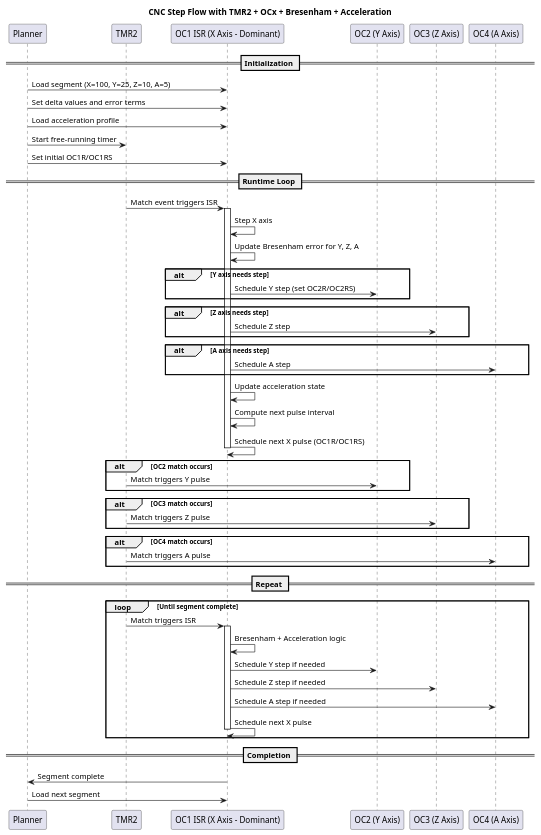
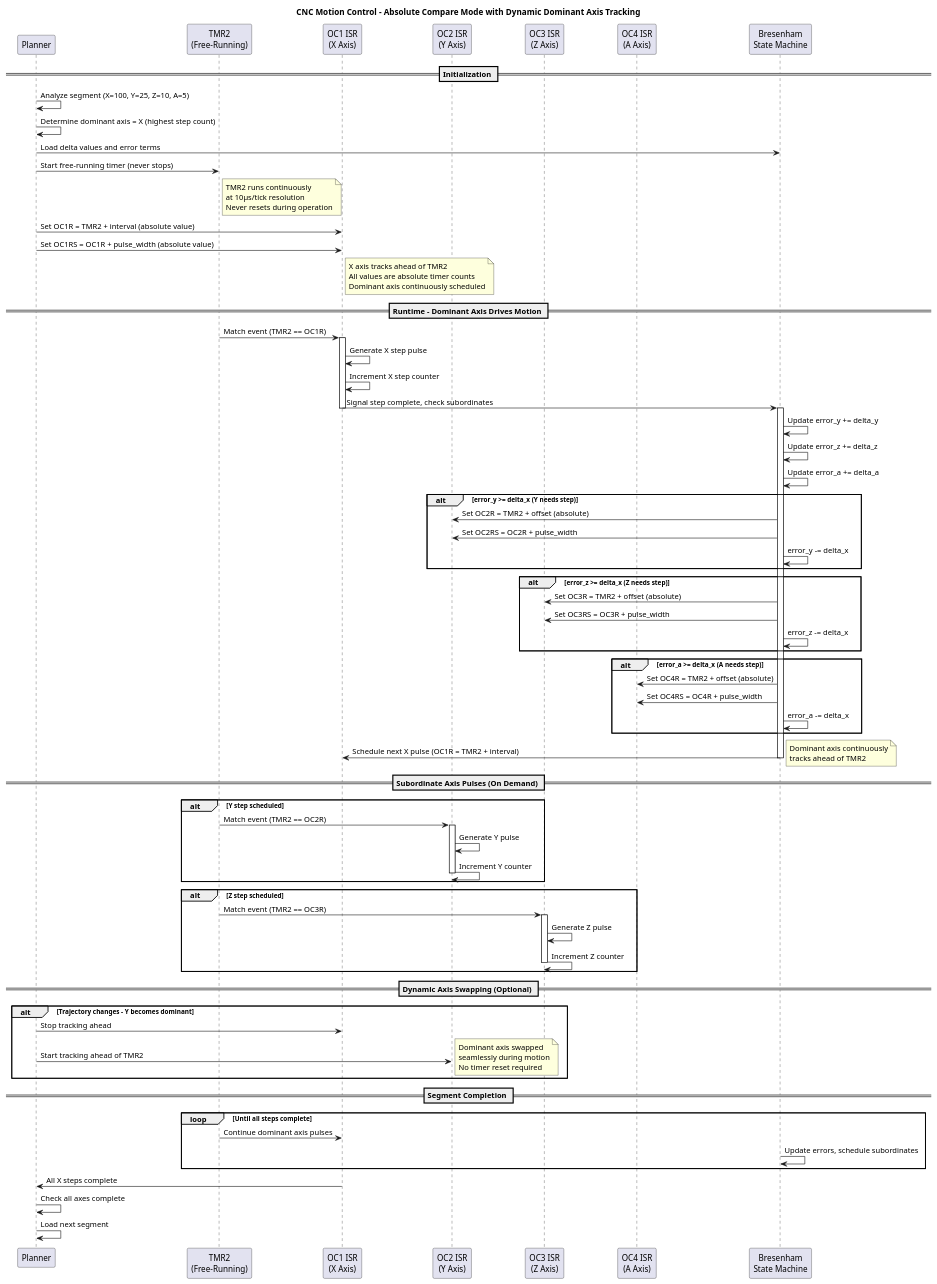
The diagram in docs/plantuml/01_system_overview.puml (Davec6505/Pic32mzCNC_V3), drawn with PlantUML before and after one commit. The commit also changed 10 other files, not shown here.

Commit message:
UART2 functioning and polling sorted, plantUML and README docs updated.

```diff
--- a/docs/plantuml/01_system_overview.puml
+++ b/docs/plantuml/01_system_overview.puml
@@ -1,65 +1,107 @@
 @startuml
-title CNC Step Flow with TMR2 + OCx + Bresenham + Acceleration
+title CNC Motion Control - Absolute Compare Mode with Dynamic Dominant Axis Tracking
 
 participant Planner
-participant TMR2
-participant OC1 as "OC1 ISR (X Axis - Dominant)"
-participant OC2 as "OC2 (Y Axis)"
-participant OC3 as "OC3 (Z Axis)"
-participant OC4 as "OC4 (A Axis)"
+participant "TMR2\n(Free-Running)" as TMR2
+participant "OC1 ISR\n(X Axis)" as OC1
+participant "OC2 ISR\n(Y Axis)" as OC2
+participant "OC3 ISR\n(Z Axis)" as OC3
+participant "OC4 ISR\n(A Axis)" as OC4
+participant "Bresenham\nState Machine" as Bresenham
 
 == Initialization ==
-Planner -> OC1 : Load segment (X=100, Y=25, Z=10, A=5)
-Planner -> OC1 : Set delta values and error terms
-Planner -> OC1 : Load acceleration profile
-Planner -> TMR2 : Start free-running timer
-Planner -> OC1 : Set initial OC1R/OC1RS
+Planner -> Planner : Analyze segment (X=100, Y=25, Z=10, A=5)
+Planner -> Planner : Determine dominant axis = X (highest step count)
+Planner -> Bresenham : Load delta values and error terms
+Planner -> TMR2 : Start free-running timer (never stops)
+note right of TMR2
+  TMR2 runs continuously
+  at 10µs/tick resolution
+  Never resets during operation
+end note
 
-== Runtime Loop ==
-TMR2 -> OC1 : Match event triggers ISR
+Planner -> OC1 : Set OC1R = TMR2 + interval (absolute value)
+Planner -> OC1 : Set OC1RS = OC1R + pulse_width (absolute value)
+note right of OC1
+  X axis tracks ahead of TMR2
+  All values are absolute timer counts
+  Dominant axis continuously scheduled
+end note
+
+== Runtime - Dominant Axis Drives Motion ==
+TMR2 -> OC1 : Match event (TMR2 == OC1R)
 activate OC1
-OC1 -> OC1 : Step X axis
-OC1 -> OC1 : Update Bresenham error for Y, Z, A
+OC1 -> OC1 : Generate X step pulse
+OC1 -> OC1 : Increment X step counter
+OC1 -> Bresenham : Signal step complete, check subordinates
+deactivate OC1
 
-alt Y axis needs step
-    OC1 -> OC2 : Schedule Y step (set OC2R/OC2RS)
-end
-alt Z axis needs step
-    OC1 -> OC3 : Schedule Z step
-end
-alt A axis needs step
-    OC1 -> OC4 : Schedule A step
+activate Bresenham
+Bresenham -> Bresenham : Update error_y += delta_y
+Bresenham -> Bresenham : Update error_z += delta_z
+Bresenham -> Bresenham : Update error_a += delta_a
+
+alt error_y >= delta_x (Y needs step)
+    Bresenham -> OC2 : Set OC2R = TMR2 + offset (absolute)
+    Bresenham -> OC2 : Set OC2RS = OC2R + pulse_width
+    Bresenham -> Bresenham : error_y -= delta_x
 end
 
-OC1 -> OC1 : Update acceleration state
-OC1 -> OC1 : Compute next pulse interval
-OC1 -> OC1 : Schedule next X pulse (OC1R/OC1RS)
-deactivate OC1
-
-alt OC2 match occurs
-    TMR2 -> OC2 : Match triggers Y pulse
-end
-alt OC3 match occurs
-    TMR2 -> OC3 : Match triggers Z pulse
-end
-alt OC4 match occurs
-    TMR2 -> OC4 : Match triggers A pulse
+alt error_z >= delta_x (Z needs step)
+    Bresenham -> OC3 : Set OC3R = TMR2 + offset (absolute)
+    Bresenham -> OC3 : Set OC3RS = OC3R + pulse_width
+    Bresenham -> Bresenham : error_z -= delta_x
 end
 
-== Repeat ==
-loop Until segment complete
-    TMR2 -> OC1 : Match triggers ISR
-    activate OC1
-    OC1 -> OC1 : Bresenham + Acceleration logic
-    OC1 -> OC2 : Schedule Y step if needed
-    OC1 -> OC3 : Schedule Z step if needed
-    OC1 -> OC4 : Schedule A step if needed
-    OC1 -> OC1 : Schedule next X pulse
-    deactivate OC1
+alt error_a >= delta_x (A needs step)
+    Bresenham -> OC4 : Set OC4R = TMR2 + offset (absolute)
+    Bresenham -> OC4 : Set OC4RS = OC4R + pulse_width
+    Bresenham -> Bresenham : error_a -= delta_x
 end
 
-== Completion ==
-OC1 -> Planner : Segment complete
-Planner -> OC1 : Load next segment
+Bresenham -> OC1 : Schedule next X pulse (OC1R = TMR2 + interval)
+note right
+  Dominant axis continuously
+  tracks ahead of TMR2
+end note
+deactivate Bresenham
+
+== Subordinate Axis Pulses (On Demand) ==
+alt Y step scheduled
+    TMR2 -> OC2 : Match event (TMR2 == OC2R)
+    activate OC2
+    OC2 -> OC2 : Generate Y pulse
+    OC2 -> OC2 : Increment Y counter
+    deactivate OC2
+end
+
+alt Z step scheduled
+    TMR2 -> OC3 : Match event (TMR2 == OC3R)
+    activate OC3
+    OC3 -> OC3 : Generate Z pulse
+    OC3 -> OC3 : Increment Z counter
+    deactivate OC3
+end
+
+== Dynamic Axis Swapping (Optional) ==
+alt Trajectory changes - Y becomes dominant
+    Planner -> OC1 : Stop tracking ahead
+    Planner -> OC2 : Start tracking ahead of TMR2
+    note right
+      Dominant axis swapped
+      seamlessly during motion
+      No timer reset required
+    end note
+end
+
+== Segment Completion ==
+loop Until all steps complete
+    TMR2 -> OC1 : Continue dominant axis pulses
+    Bresenham -> Bresenham : Update errors, schedule subordinates
+end
+
+OC1 -> Planner : All X steps complete
+Planner -> Planner : Check all axes complete
+Planner -> Planner : Load next segment
 
 @enduml
```
